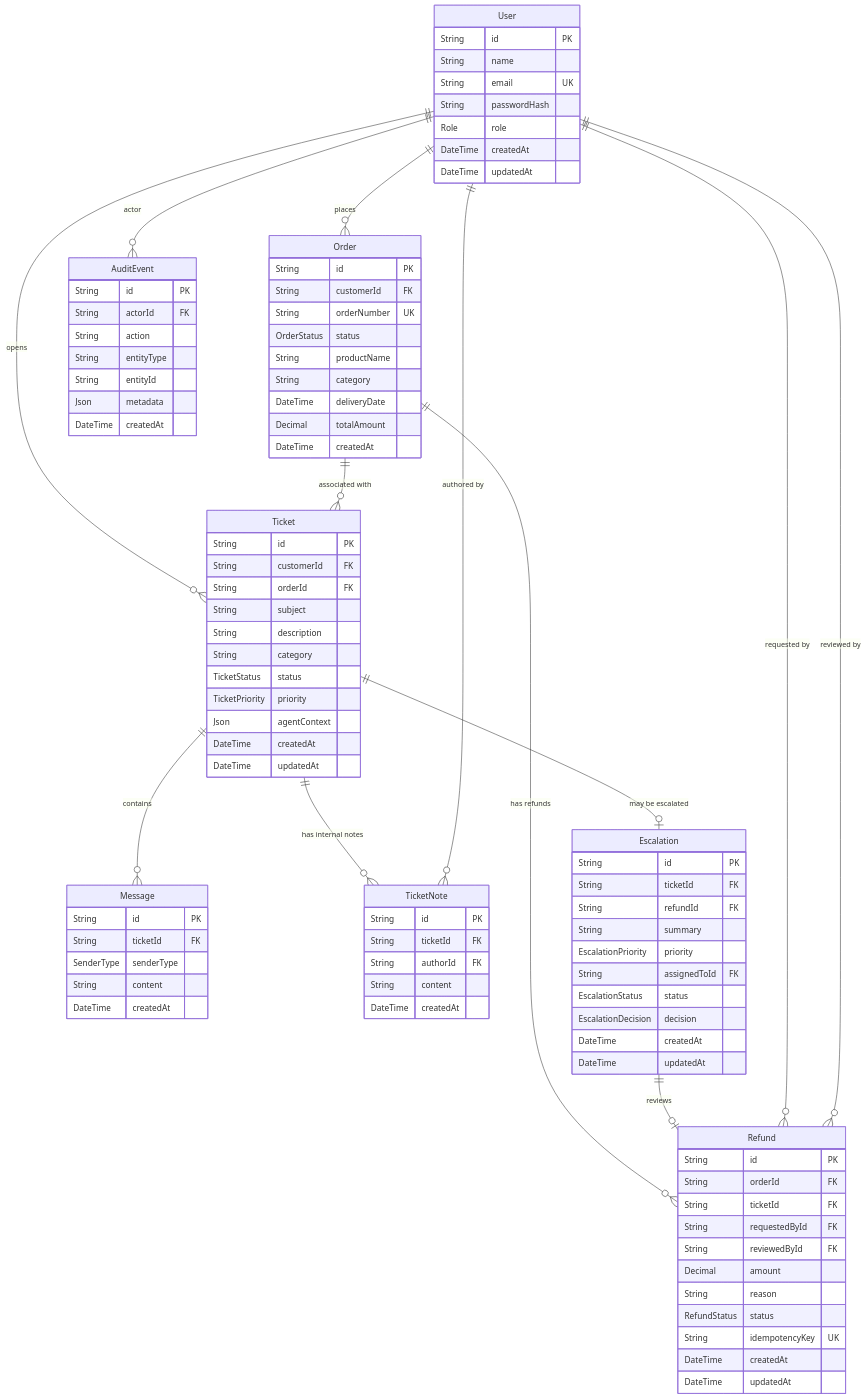
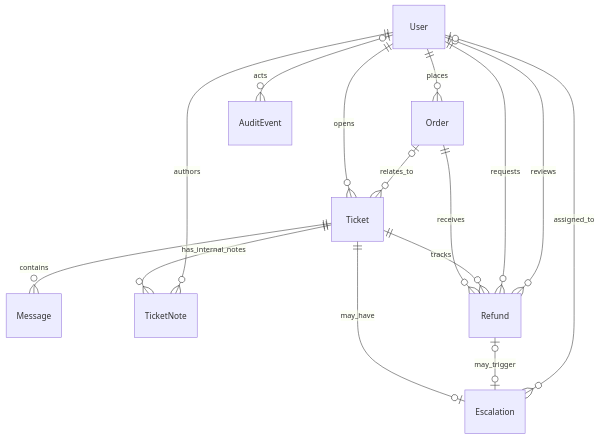
One commit to NiketDevS/e-commerce changed the diagram in docs/DATABASE.md. Above: the diagram before and after it, drawn with Mermaid. The commit also changed other lines of this file and 60 other files, not shown here.

Commit message:
Phases 1-6: Complete backend API, Neon PostgreSQL, RefundEngine, AI Agent, Escalations & 18 mandatory tests

````diff
--- a/docs/DATABASE.md
+++ b/docs/DATABASE.md
@@ -25,104 +7,17 @@
 ```mermaid
 erDiagram
-    User {
-        String id PK
-        String name
-        String email UK
-        String passwordHash
-        Role role
-        DateTime createdAt
-        DateTime updatedAt
-    }
-
-    Order {
-        String id PK
-        String customerId FK
-        String orderNumber UK
-        OrderStatus status
-        String productName
-        String category
-        DateTime deliveryDate
-        Decimal totalAmount
-        DateTime createdAt
-    }
-
-    Ticket {
-        String id PK
-        String customerId FK
-        String orderId FK
-        String subject
-        String description
-        String category
-        TicketStatus status
-        TicketPriority priority
-        Json agentContext
-        DateTime createdAt
-        DateTime updatedAt
-    }
-
-    Message {
-        String id PK
-        String ticketId FK
-        SenderType senderType
-        String content
-        DateTime createdAt
-    }
-
-    TicketNote {
-        String id PK
-        String ticketId FK
-        String authorId FK
-        String content
-        DateTime createdAt
-    }
-
-    Refund {
-        String id PK
-        String orderId FK
-        String ticketId FK
-        String requestedById FK
-        String reviewedById FK
-        Decimal amount
-        String reason
-        RefundStatus status
-        String idempotencyKey UK
-        DateTime createdAt
-        DateTime updatedAt
-    }
-
-    Escalation {
-        String id PK
-        String ticketId FK
-        String refundId FK
-        String summary
-        EscalationPriority priority
-        String assignedToId FK
-        EscalationStatus status
-        EscalationDecision decision
-        DateTime createdAt
-        DateTime updatedAt
-    }
-
-    AuditEvent {
-        String id PK
-        String actorId FK
-        String action
-        String entityType
-        String entityId
-        Json metadata
-        DateTime createdAt
-    }
-
-    User ||--o{ Order : "places"
-    User ||--o{ Ticket : "opens"
-    Order ||--o{ Ticket : "associated with"
-    Ticket ||--o{ Message : "contains"
-    Ticket ||--o{ TicketNote : "has internal notes"
-    Ticket ||--o| Escalation : "may be escalated"
-    Order ||--o{ Refund : "has refunds"
-    Escalation ||--o| Refund : "reviews"
-    User ||--o{ Refund : "requested by"
-    User ||--o{ Refund : "reviewed by"
-    User ||--o{ TicketNote : "authored by"
-    User ||--o{ AuditEvent : "actor"
+    User ||--o{ Order : places
+    User ||--o{ Ticket : opens
+    Order o|--o{ Ticket : relates_to
+    Ticket ||--o{ Message : contains
+    Ticket ||--o{ TicketNote : has_internal_notes
+    User ||--o{ TicketNote : authors
+    Order ||--o{ Refund : receives
+    Ticket ||--o{ Refund : tracks
+    User ||--o{ Refund : requests
+    User o|--o{ Refund : reviews
+    Ticket ||--o| Escalation : may_have
+    Refund o|--o| Escalation : may_trigger
+    User o|--o{ Escalation : assigned_to
+    User o|--o{ AuditEvent : acts
 ```
````
